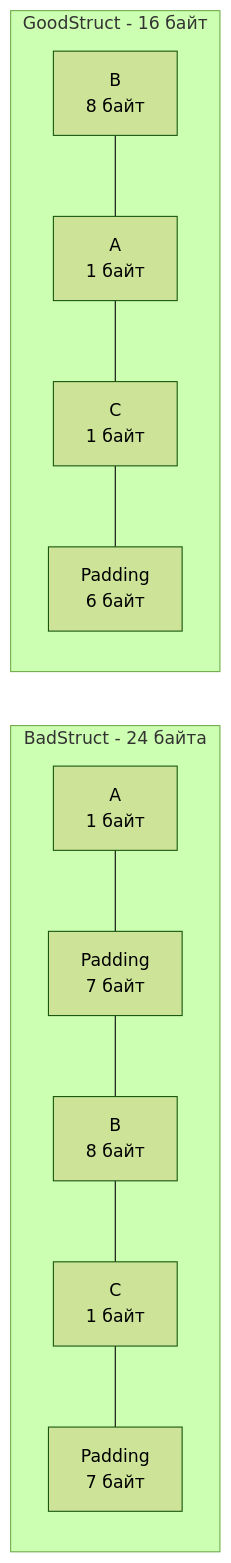
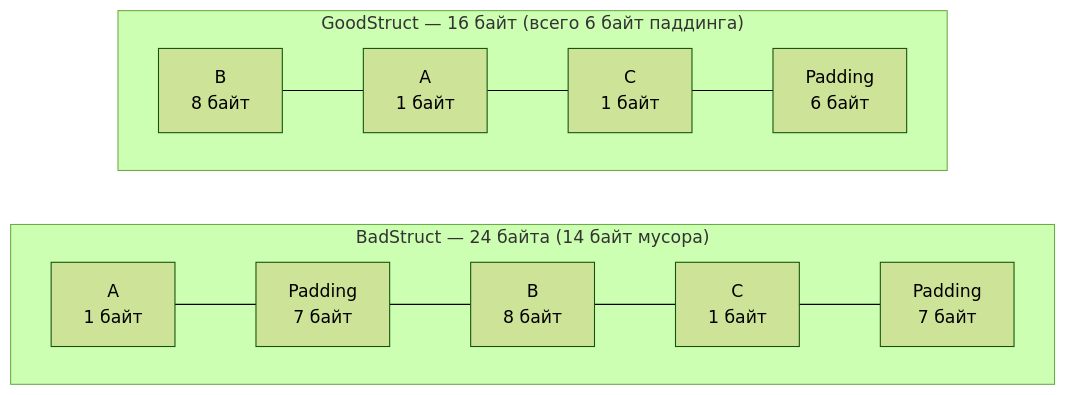
Before and after one commit to UnrealTemplier/go-textbook: the diagram in sources/1. Архитектура компьютера/25. Выравнивание данных, Padding и Struct Layout.md, drawn with Mermaid (forest theme). The commit also changed other lines of this file, not shown here.

Commit message:
feat(module-01): editorial rewrite of Article 25 (Struct Alignment, Padding, Struct Layout) in Kernighan style

````diff
--- a/sources/1. Архитектура компьютера/25. Выравнивание данных, Padding и Struct Layout.md
+++ b/sources/1. Архитектура компьютера/25. Выравнивание данных, Padding и Struct Layout.md
@@ -73,9 +127,12 @@
 ```mermaid
 flowchart LR
-    subgraph Bad["BadStruct - 24 байта"]
+    subgraph Bad["BadStruct — 24 байта (14 байт мусора)"]
+        direction LR
         A1["A<br>1 байт"] --- P1["Padding<br>7 байт"] --- B1["B<br>8 байт"] --- C1["C<br>1 байт"] --- P2["Padding<br>7 байт"]
     end
-    subgraph Good["GoodStruct - 16 байт"]
+
+    subgraph Good["GoodStruct — 16 байт (всего 6 байт паддинга)"]
+        direction LR
         B2["B<br>8 байт"] --- A2["A<br>1 байт"] --- C2["C<br>1 байт"] --- P3["Padding<br>6 байт"]
     end
 ```
````
